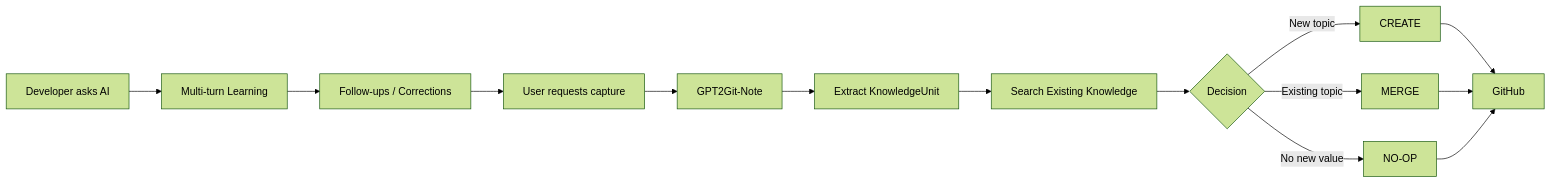
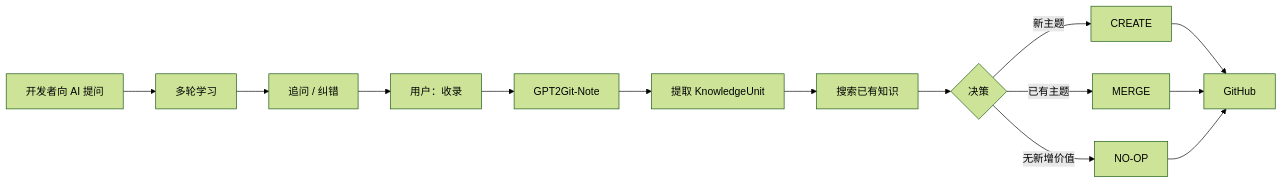
One commit to pogacar03/GPT2Git-Note changed the diagram in README.md. Above: the diagram before and after it, drawn with Mermaid (forest theme). The commit also changed other lines of this file, not shown here.

````diff
--- a/README.md
+++ b/README.md
@@ -201,16 +199,16 @@
 ```mermaid
 flowchart LR
-    A[Developer asks AI] --> B[Multi-turn Learning]
-    B --> C[Follow-ups / Corrections]
-    C --> D[User requests capture]
+    A[开发者向 AI 提问] --> B[多轮学习]
+    B --> C[追问 / 纠错]
+    C --> D[用户：收录]
     D --> E[GPT2Git-Note]
-    E --> F[Extract KnowledgeUnit]
-    F --> G[Search Existing Knowledge]
-    G --> H{Decision}
-    H -->|New topic| I[CREATE]
-    H -->|Existing topic| J[MERGE]
-    H -->|No new value| K[NO-OP]
+    E --> F[提取 KnowledgeUnit]
+    F --> G[搜索已有知识]
+    G --> H{决策}
+    H -->|新主题| I[CREATE]
+    H -->|已有主题| J[MERGE]
+    H -->|无新增价值| K[NO-OP]
     I --> L[GitHub]
     J --> L
     K --> L
 ```
````
